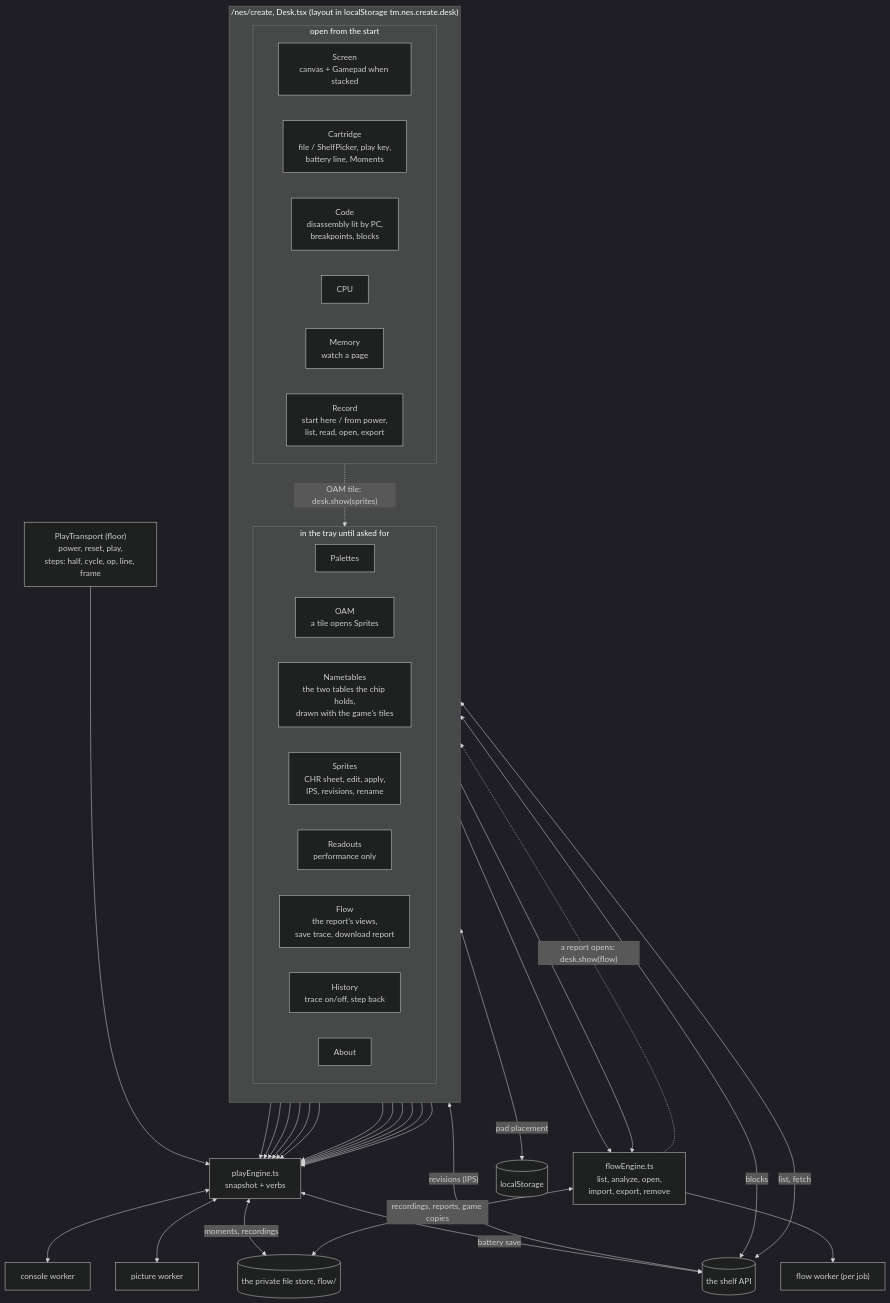
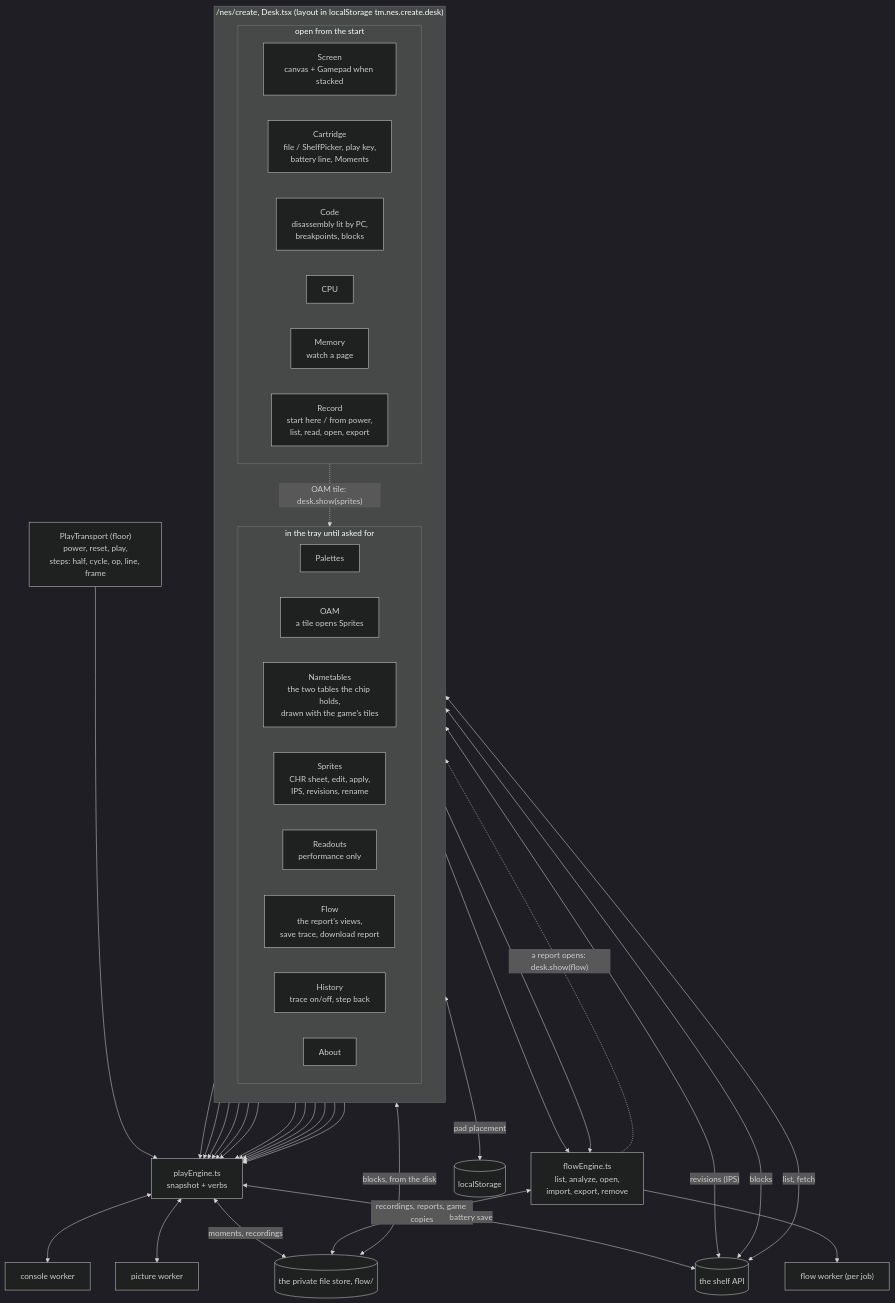
Before and after one commit to tinymachines/public: the second of 6 diagrams in docs/nes/workbench.md, drawn with Mermaid (dark theme). The commit also changed other lines of this file and 10 other files, not shown here.

````diff
--- a/docs/nes/workbench.md
+++ b/docs/nes/workbench.md
@@ -173,57 +174,58 @@
 ```mermaid
 %% The create desk: its fourteen windows, six open from the start and eight in the tray, and the floor transport, all reading one engine; the flow engine beside it; the three workers under them; and the three places anything is kept.
 flowchart TB
   subgraph desk["/nes/create, Desk.tsx (layout in localStorage tm.nes.create.desk)"]
     direction TB
     subgraph start["open from the start"]
       direction LR
       screen["Screen<br/>canvas + Gamepad when stacked"]
       cart["Cartridge<br/>file / ShelfPicker, play key,<br/>battery line, Moments"]
       code["Code<br/>disassembly lit by PC,<br/>breakpoints, blocks"]
       cpu["CPU"]
       mem["Memory<br/>watch a page"]
       rec["Record<br/>start here / from power,<br/>list, read, open, export"]
     end
     subgraph tray["in the tray until asked for"]
       direction LR
       pal["Palettes"]
       oam["OAM<br/>a tile opens Sprites"]
       nt["Nametables<br/>the two tables the chip holds,<br/>drawn with the game's tiles"]
       spr["Sprites<br/>CHR sheet, edit, apply,<br/>IPS, revisions, rename"]
       read["Readouts<br/>performance only"]
       flow["Flow<br/>the report's views,<br/>save trace, download report"]
       hist["History<br/>trace on/off, step back"]
       about["About"]
     end
   end
 
   transport["PlayTransport (floor)<br/>power, reset, play,<br/>steps: half, cycle, op, line, frame"]
 
   engine["playEngine.ts<br/>snapshot + verbs"]
   fe["flowEngine.ts<br/>list, analyze, open,<br/>import, export, remove"]
 
   screen & cart & code & cpu & mem & pal & oam & nt & spr & read & hist & transport --> engine
   rec --> engine
   rec --> fe
   flow --> fe
   mem -.->|"OAM tile: desk.show(sprites)"| spr
   fe -.->|"a report opens: desk.show(flow)"| flow
 
   cw["console worker"]
   pw["picture worker"]
   fw["flow worker (per job)"]
   engine <--> cw
   engine <--> pw
   fe --> fw
 
   opfs[("the private file store, flow/")]
   shelf[("the shelf API")]
   ls[("localStorage")]
   engine <-->|"moments, recordings"| opfs
+  code <-->|"blocks, from the disk"| opfs
   fe <-->|"recordings, reports, game copies"| opfs
   engine <-->|"battery save"| shelf
   spr <-->|"revisions (IPS)"| shelf
   code <-->|"blocks"| shelf
   cart <-->|"list, fetch"| shelf
   screen <-->|"pad placement"| ls
 ```
````
